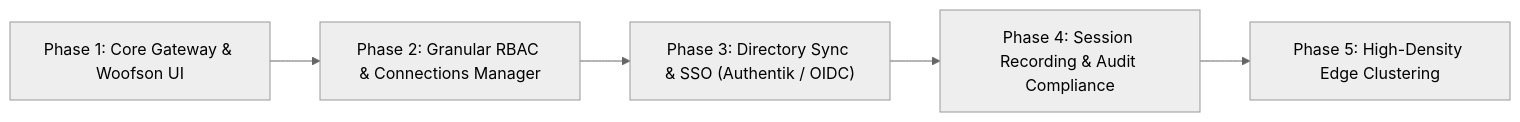
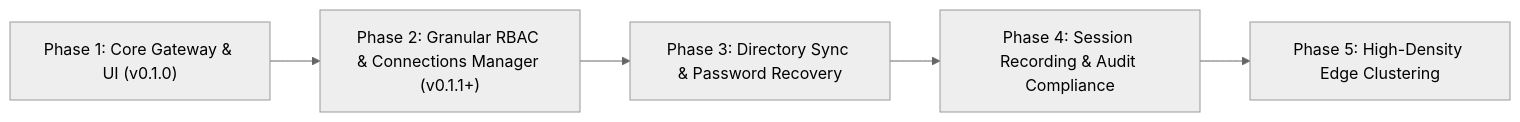
One commit to Woofson/remotedog changed the diagram in ROADMAP.md. Above: the diagram before and after it, drawn with Mermaid (neutral theme). The commit also changed other lines of this file and 5 other files, not shown here.

Commit message:
chore(release): bump version to 0.1.1, update roadmap and changelogs

````diff
--- a/ROADMAP.md
+++ b/ROADMAP.md
@@ -9,7 +9,7 @@
 ```mermaid
 graph LR
-  A["Phase 1: Core Gateway & Woofson UI"] --> B["Phase 2: Granular RBAC & Connections Manager"]
-  B --> C["Phase 3: Directory Sync & SSO (Authentik / OIDC)"]
+  A["Phase 1: Core Gateway & UI (v0.1.0)"] --> B["Phase 2: Granular RBAC & Connections Manager (v0.1.1+)"]
+  B --> C["Phase 3: Directory Sync & Password Recovery"]
   C --> D["Phase 4: Session Recording & Audit Compliance"]
   D --> E["Phase 5: High-Density Edge Clustering"]
 ```
````
